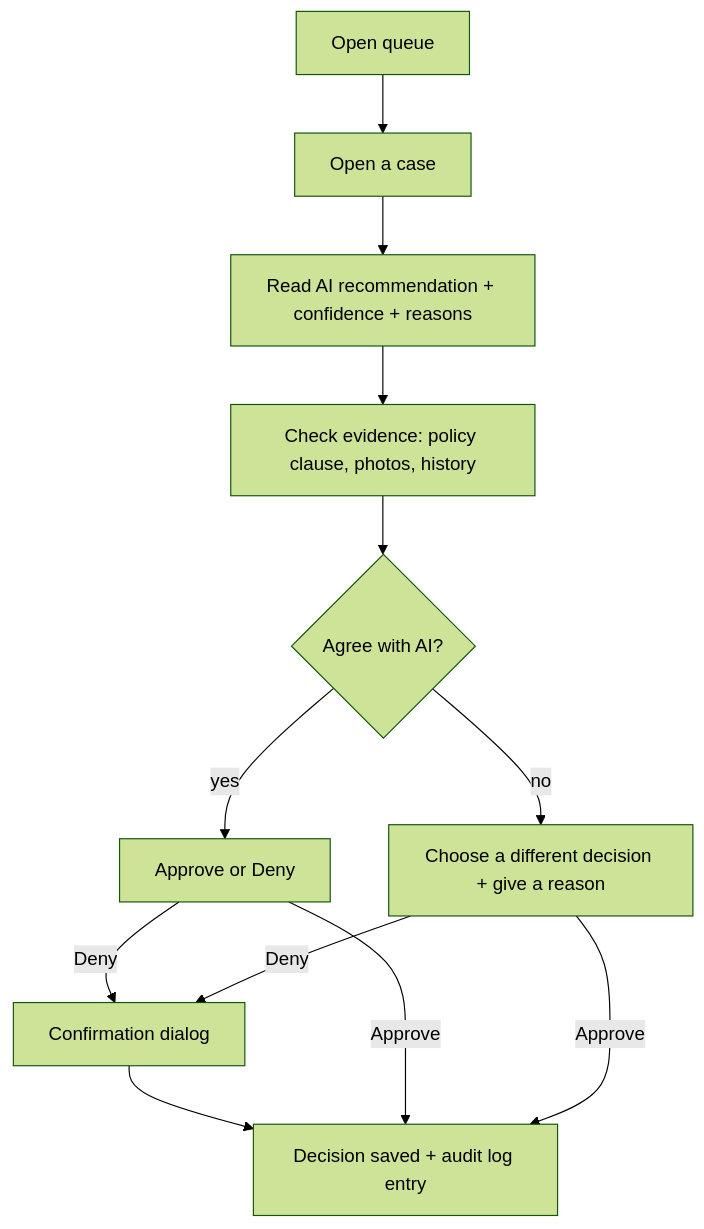
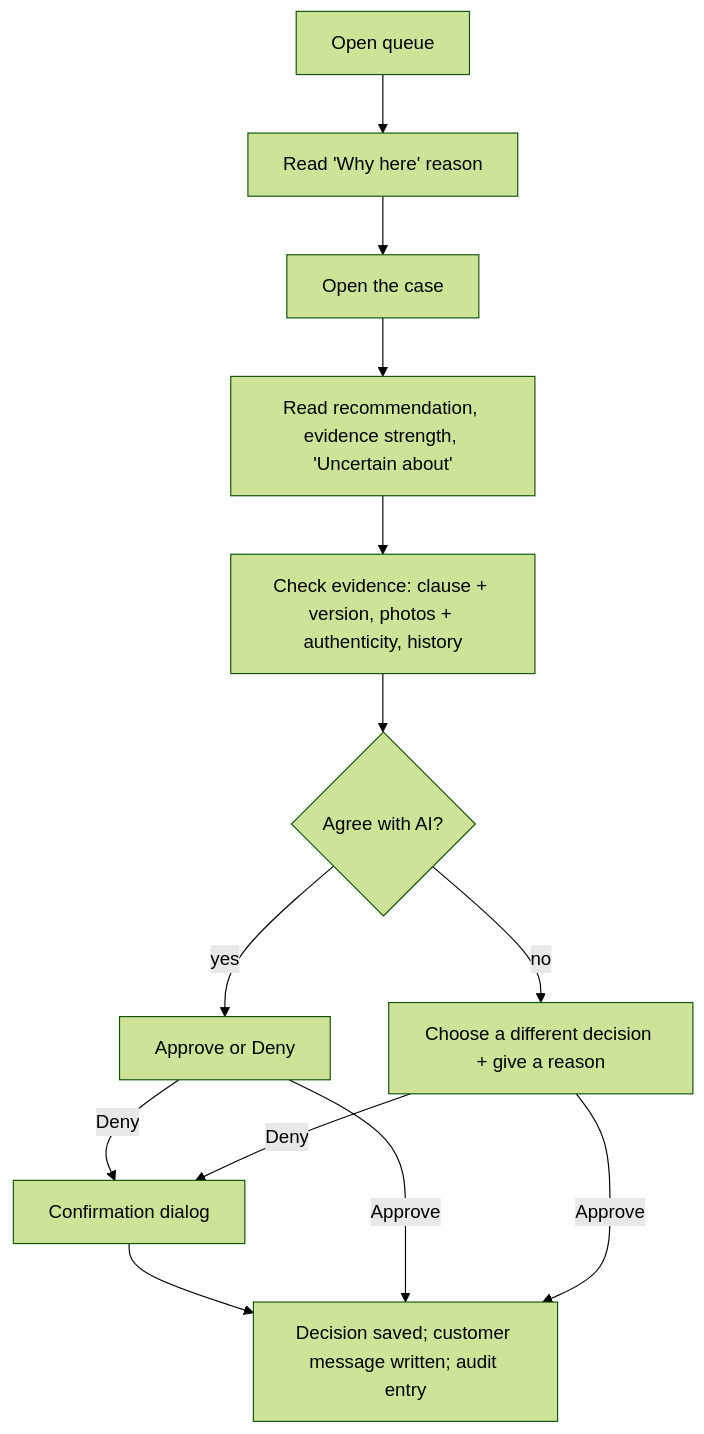
The second of 2 diagrams in DESIGN_SPEC.md (truptireddy23/AI_Returns_Processing_Assistant), drawn with Mermaid (forest theme) before and after one commit. The commit also changed other lines of this file, not shown here.

Commit message:
Update design spec to v1 from evidence (Step 8)

````diff
--- a/DESIGN_SPEC.md
+++ b/DESIGN_SPEC.md
@@ -110,14 +141,15 @@
 ```mermaid
 flowchart TD
-    Q[Open queue] --> C[Open a case]
-    C --> R[Read AI recommendation + confidence + reasons]
-    R --> V[Check evidence: policy clause, photos, history]
+    Q[Open queue] --> W[Read 'Why here' reason]
+    W --> C[Open the case]
+    C --> R[Read recommendation, evidence strength, 'Uncertain about']
+    R --> V[Check evidence: clause + version, photos + authenticity, history]
     V --> D{Agree with AI?}
     D -- yes --> X[Approve or Deny]
     D -- no --> O[Choose a different decision + give a reason]
     X -- Deny --> CF[Confirmation dialog]
     O -- Deny --> CF
-    CF --> S[Decision saved + audit log entry]
+    CF --> S[Decision saved; customer message written; audit entry]
     X -- Approve --> S
     O -- Approve --> S
 ```
````
